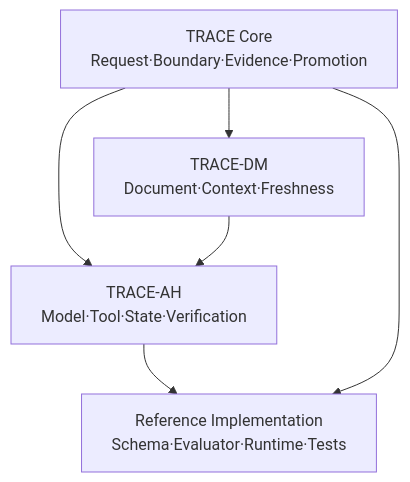
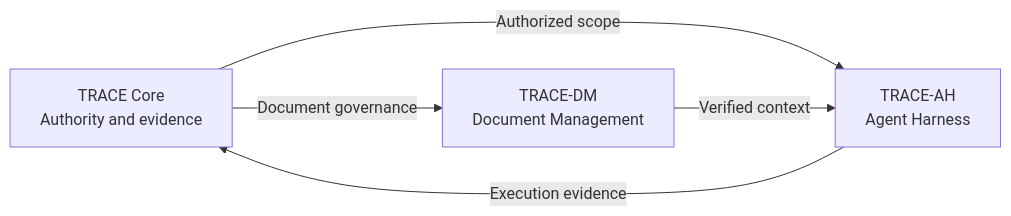
One commit to 401SPAG/trace-gate-framework changed the diagram in README.md. Above: the diagram before and after it, drawn with Mermaid. The commit also changed other lines of this file and 14 other files, not shown here.

````diff
--- a/README.md
+++ b/README.md
@@ -40,13 +31,7 @@
 ```mermaid
-flowchart TB
-    CORE["TRACE Core<br/>Request·Boundary·Evidence·Promotion"]
-    DM["TRACE-DM<br/>Document·Context·Freshness"]
-    AH["TRACE-AH<br/>Model·Tool·State·Verification"]
-    IMPL["Reference Implementation<br/>Schema·Evaluator·Runtime·Tests"]
-
-    CORE --> DM
-    CORE --> AH
-    DM --> AH
-    AH --> IMPL
-    CORE --> IMPL
+flowchart LR
+    CORE["TRACE Core<br/>Authority and evidence"] -->|Authorized scope| AH["TRACE-AH<br/>Agent Harness"]
+    CORE -->|Document governance| DM["TRACE-DM<br/>Document Management"]
+    DM -->|Verified context| AH
+    AH -->|Execution evidence| CORE
 ```
````
